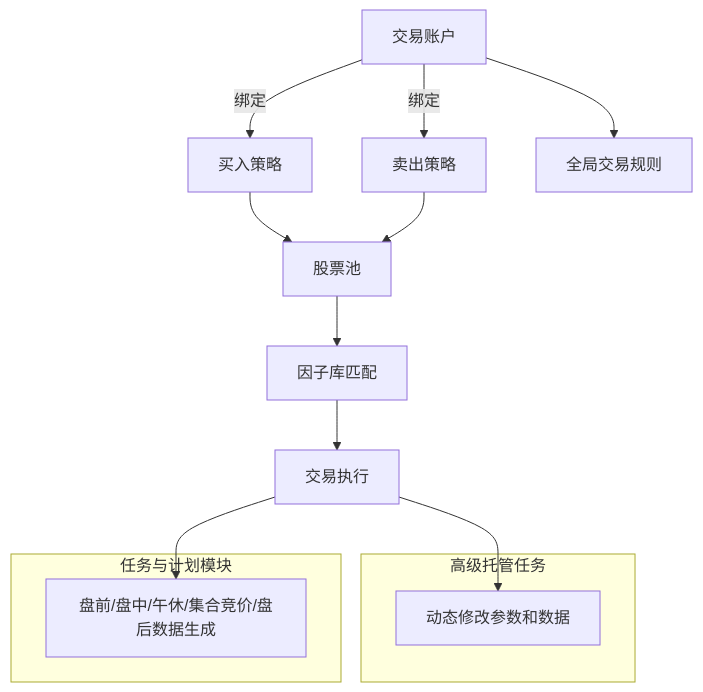
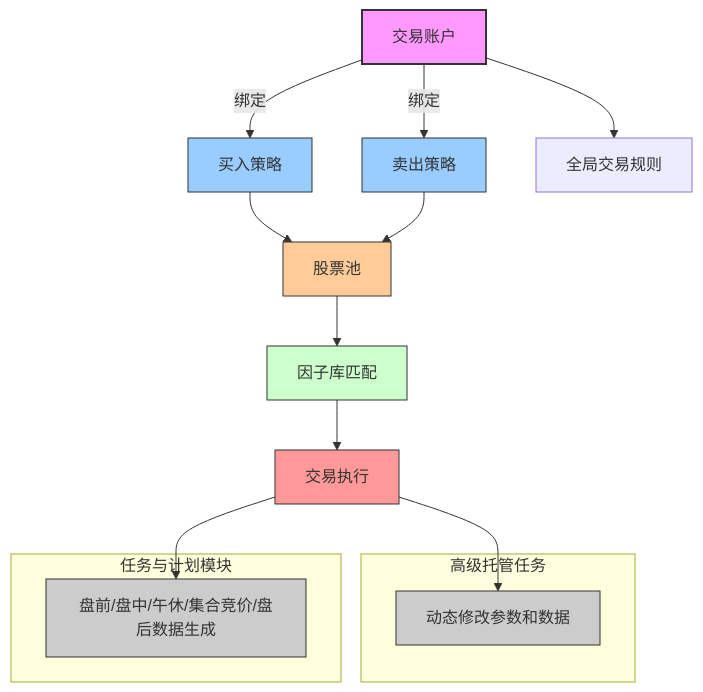
Before and after one commit to huabolu/tradestack: the diagram in README.md, drawn with Mermaid. The commit also changed other lines of this file, not shown here.

````diff
--- a/README.md
+++ b/README.md
@@ -98,23 +30,32 @@
 ```mermaid
 flowchart TD
     A[交易账户] -->|绑定| B[买入策略]
     A -->|绑定| C[卖出策略]
     A --> D[全局交易规则]
 
     B --> E[股票池]
     C --> E[股票池]
 
     E --> F[因子库匹配]
     F --> G[交易执行]
 
     subgraph 高级托管任务
         H[动态修改参数和数据]
     end
 
     subgraph 任务与计划模块
         I[盘前/盘中/午休/集合竞价/盘后数据生成]
     end
 
     G --> H
     G --> I
+
+    style A fill:#f9f,stroke:#333,stroke-width:2px
+    style B fill:#9cf,stroke:#333,stroke-width:1px
+    style C fill:#9cf,stroke:#333,stroke-width:1px
+    style E fill:#fc9,stroke:#333,stroke-width:1px
+    style F fill:#cfc,stroke:#333,stroke-width:1px
+    style G fill:#f99,stroke:#333,stroke-width:1px
+    style H fill:#ccc,stroke:#333,stroke-width:1px
+    style I fill:#ccc,stroke:#333,stroke-width:1px
 ```
````
